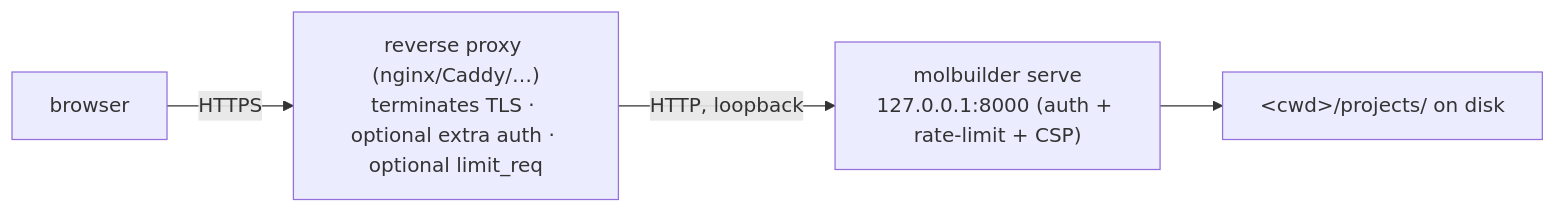
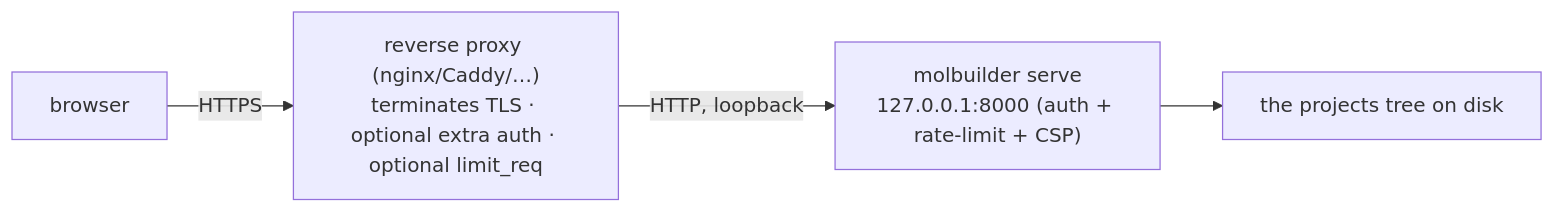
The first of 2 diagrams in docs/ops/deployment.md (Qing-LAB/molbuilder), drawn with Mermaid before and after one commit. The commit also changed other lines of this file and 37 other files, not shown here.

````diff
--- a/docs/ops/deployment.md
+++ b/docs/ops/deployment.md
@@ -265,6 +265,6 @@
 ```mermaid
 flowchart LR
   U["browser"] -->|"HTTPS"| PX["reverse proxy (nginx/Caddy/…)<br/>terminates TLS · optional extra auth · optional limit_req"]
   PX -->|"HTTP, loopback"| S["molbuilder serve<br/>127.0.0.1:8000 (auth + rate-limit + CSP)"]
-  S --> FS["&lt;cwd&gt;/projects/ on disk"]
+  S --> FS["the projects tree on disk"]
 ```
````
